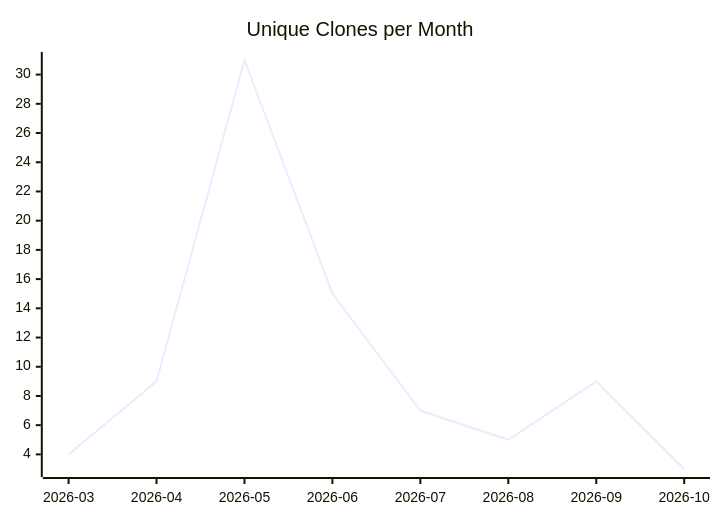
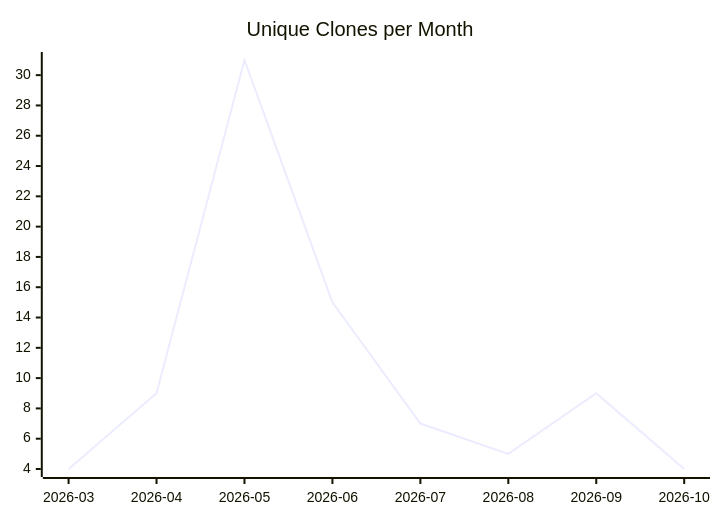
One commit to justdavis-family/github-analytics-data changed the third of 3 diagrams in karlmdavis/ansible-role-rcm-dotfiles/README.md. Above: the diagram before and after it, drawn with Mermaid. The commit also changed other lines of this file and 202 other files, not shown here.

````diff
--- a/karlmdavis/ansible-role-rcm-dotfiles/README.md
+++ b/karlmdavis/ansible-role-rcm-dotfiles/README.md
@@ -19,6 +19,6 @@
 ```mermaid
 xychart-beta
   title "Unique Clones per Month"
   x-axis ["2026-03", "2026-04", "2026-05", "2026-06", "2026-07", "2026-08", "2026-09", "2026-10"]
-  line [4, 9, 31, 15, 7, 5, 9, 3]
+  line [4, 9, 31, 15, 7, 5, 9, 4]
 ```
````
